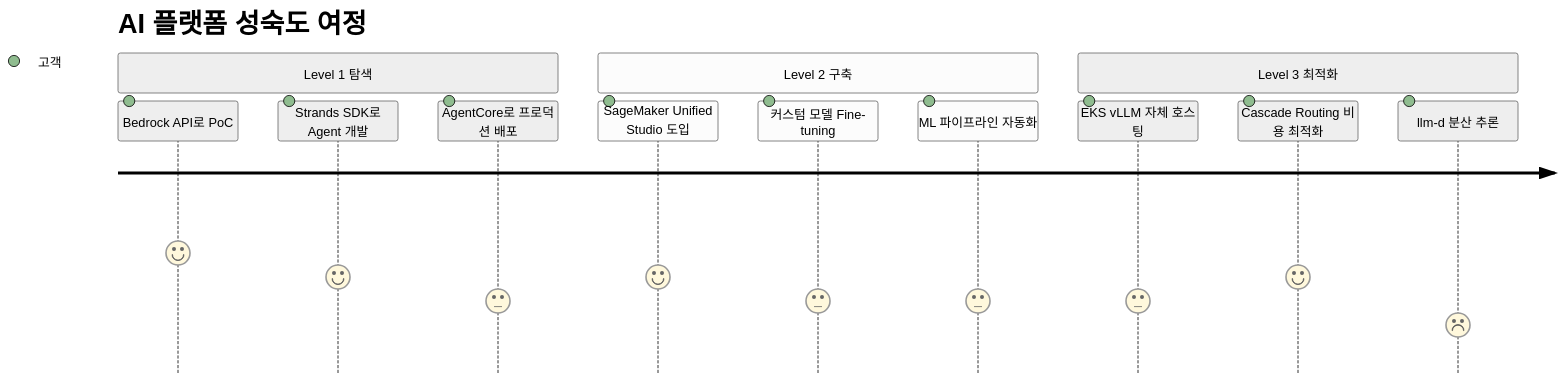
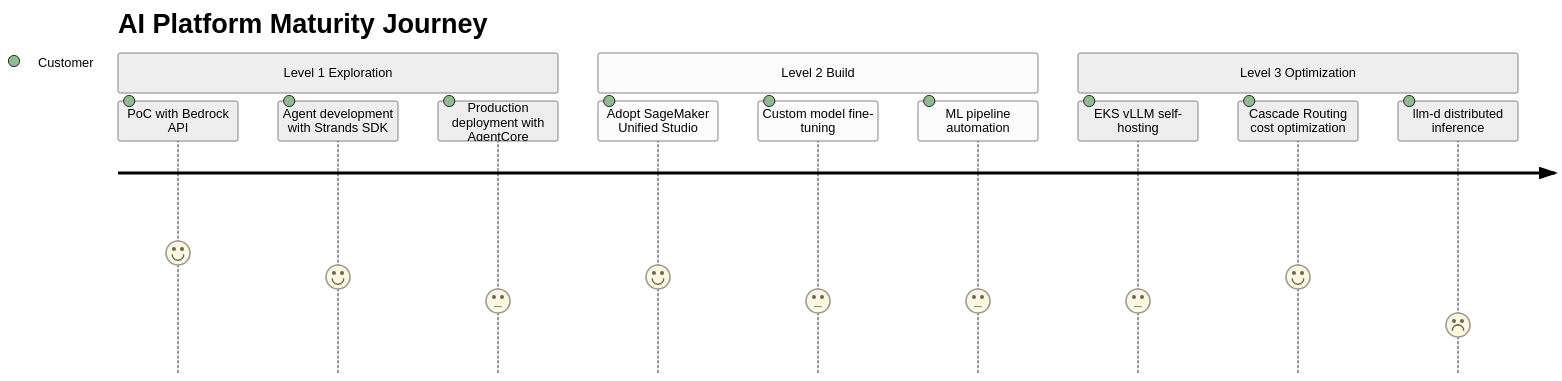
Before and after one commit to devfloor9/engineering-playbook: the fourth of 7 diagrams in docs/agentic-ai-platform/design-architecture/platform-selection/ai-platform-decision-framework.md, drawn with Mermaid (neutral theme). The commit also changed other lines of this file and 954 other files, not shown here.

````diff
--- a/docs/agentic-ai-platform/design-architecture/platform-selection/ai-platform-decision-framework.md
+++ b/docs/agentic-ai-platform/design-architecture/platform-selection/ai-platform-decision-framework.md
@@ -217,16 +217,16 @@
 ```mermaid
 journey
-    title AI 플랫폼 성숙도 여정
-    section Level 1 탐색
-      Bedrock API로 PoC: 5: 고객
-      Strands SDK로 Agent 개발: 4: 고객
-      AgentCore로 프로덕션 배포: 3: 고객
-    section Level 2 구축
-      SageMaker Unified Studio 도입: 4: 고객
-      커스텀 모델 Fine-tuning: 3: 고객
-      ML 파이프라인 자동화: 3: 고객
-    section Level 3 최적화
-      EKS vLLM 자체 호스팅: 3: 고객
-      Cascade Routing 비용 최적화: 4: 고객
-      llm-d 분산 추론: 2: 고객
+    title AI Platform Maturity Journey
+    section Level 1 Exploration
+      PoC with Bedrock API: 5: Customer
+      Agent development with Strands SDK: 4: Customer
+      Production deployment with AgentCore: 3: Customer
+    section Level 2 Build
+      Adopt SageMaker Unified Studio: 4: Customer
+      Custom model fine-tuning: 3: Customer
+      ML pipeline automation: 3: Customer
+    section Level 3 Optimization
+      EKS vLLM self-hosting: 3: Customer
+      Cascade Routing cost optimization: 4: Customer
+      llm-d distributed inference: 2: Customer
 ```
````
